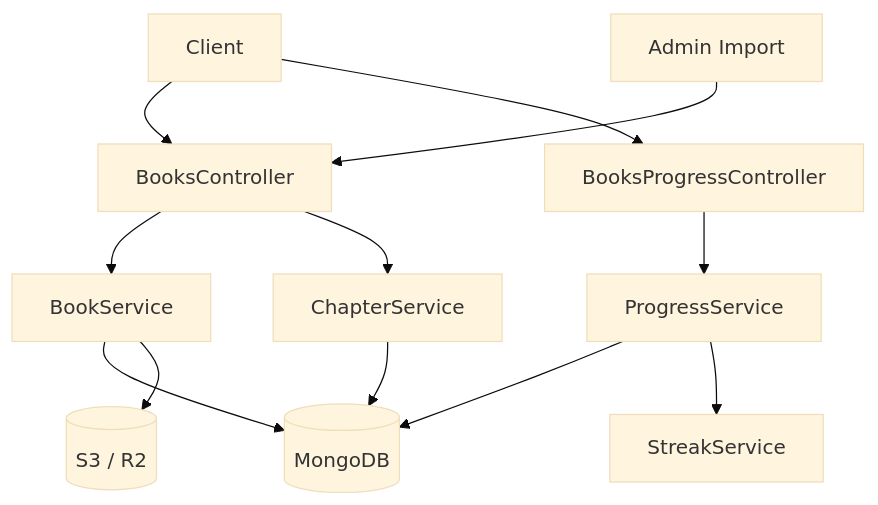
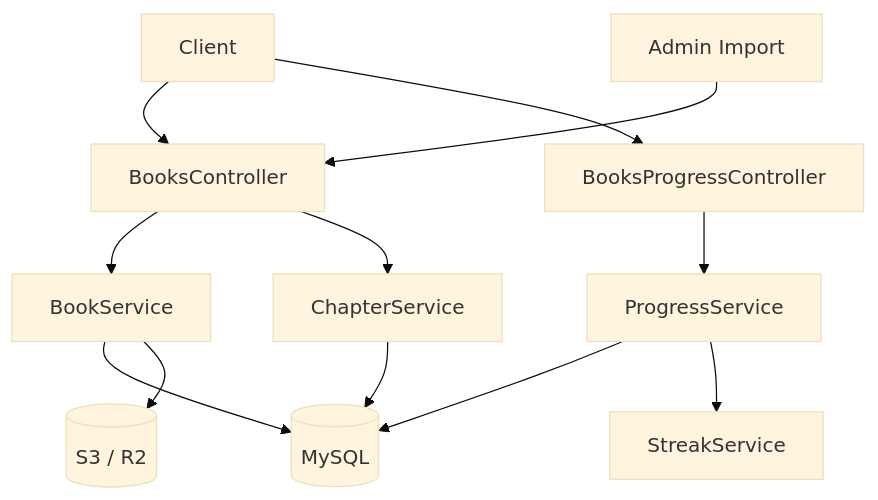
The first of 3 diagrams in docs/architecture/content-book.md (SWM16-ASAP/back-server), drawn with Mermaid (base theme) before and after one commit. The commit also changed other lines of this file and 202 other files, not shown here.

````diff
--- a/docs/architecture/content-book.md
+++ b/docs/architecture/content-book.md
@@ -39,28 +39,28 @@
 ```mermaid
 flowchart TD
     Client[Client]
     Admin[Admin Import]
     BooksController[BooksController]
     ProgressController[BooksProgressController]
     BookService[BookService]
     ChapterService[ChapterService]
     ProgressService[ProgressService]
-    Mongo[(MongoDB)]
+    MySQL[(MySQL)]
     S3[(S3 / R2)]
     Streak[StreakService]
 
     Client --> BooksController
     Client --> ProgressController
     Admin --> BooksController
 
     BooksController --> BookService
     BooksController --> ChapterService
     ProgressController --> ProgressService
 
-    BookService --> Mongo
-    ChapterService --> Mongo
-    ProgressService --> Mongo
+    BookService --> MySQL
+    ChapterService --> MySQL
+    ProgressService --> MySQL
 
     BookService --> S3
     ProgressService --> Streak
 ```
````
